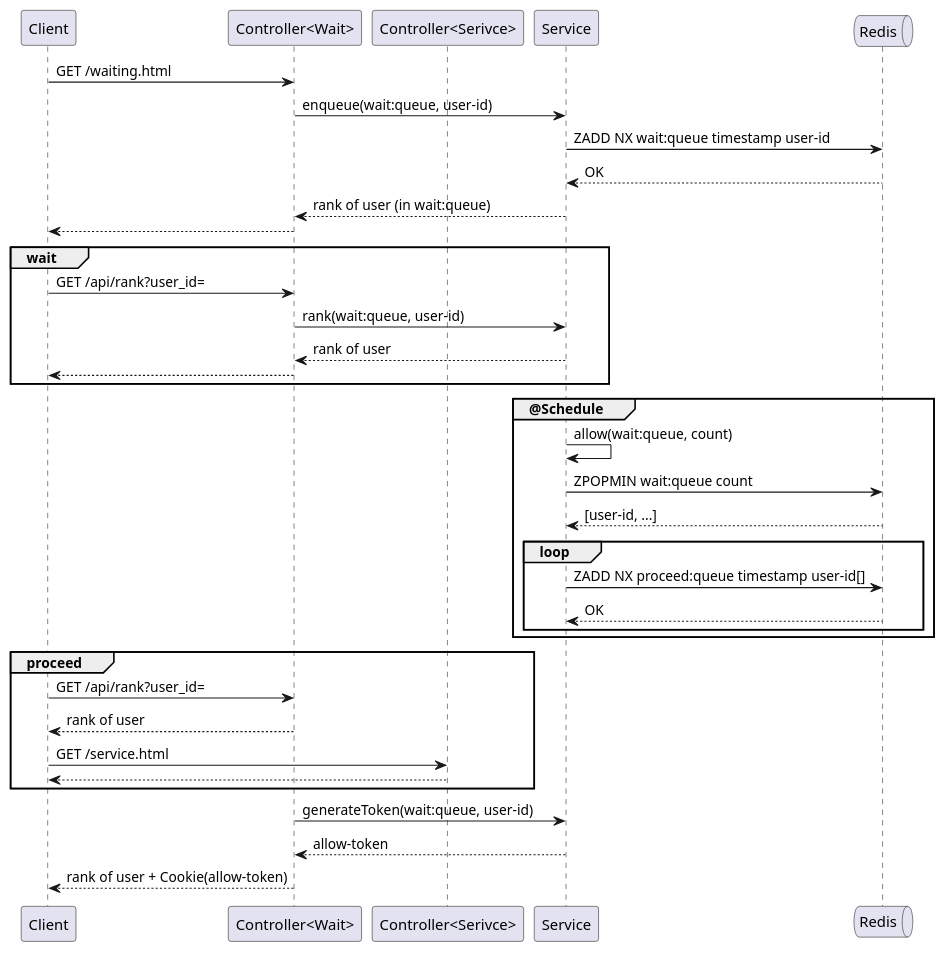
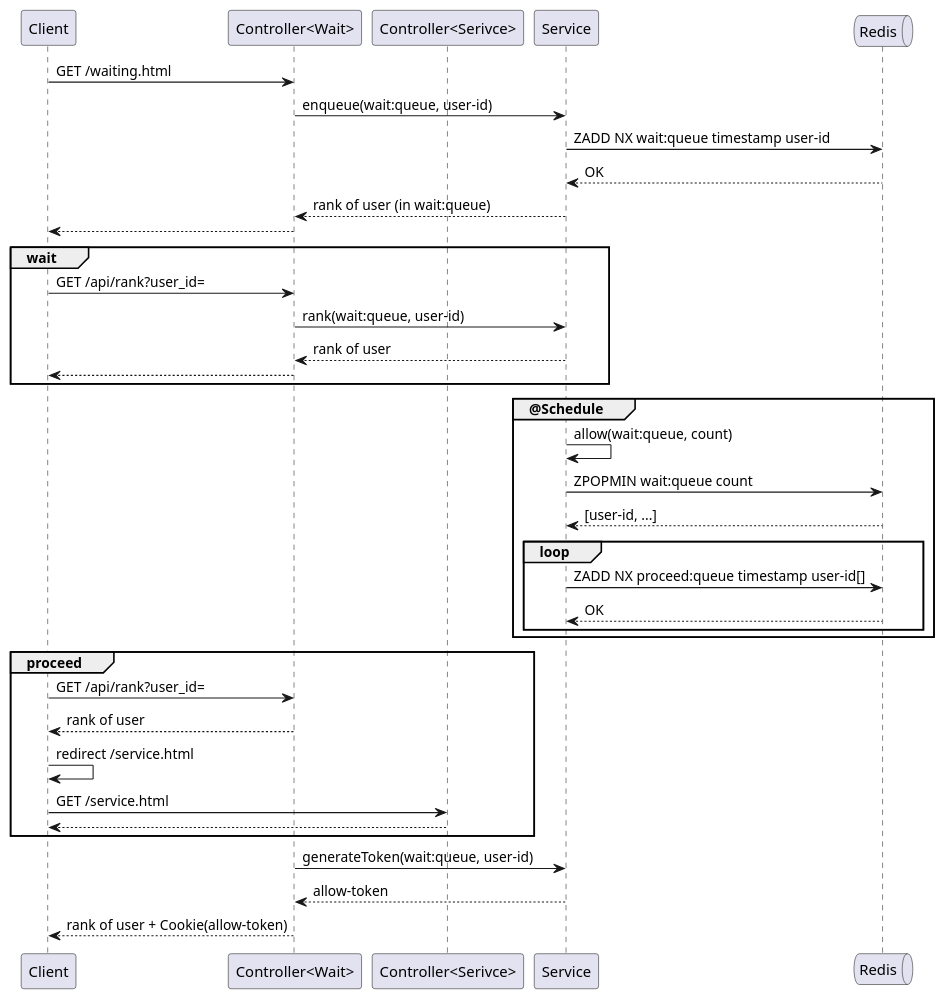
One commit to yanghoon/obsidian-workspace changed the diagram in _diary/2024-06-08.md. Above: the diagram before and after it, drawn with PlantUML.

Commit message:
vault backup: 2024-06-08 14:38:42

````diff
--- a/_diary/2024-06-08.md
+++ b/_diary/2024-06-08.md
@@ -5,45 +5,46 @@
 ```plantuml
 @startuml
 participant Client
 participant "Controller<Wait>" as Controller
 participant "Controller<Serivce>" as ServiceController
 participant Service
 queue Redis
 
 Client -> Controller: GET /waiting.html
 Controller -> Service: enqueue(wait:queue, user-id)
 Service -> Redis: ZADD NX wait:queue timestamp user-id
 Service <-- Redis: OK
 Controller <-- Service: rank of user (in wait:queue)
 Client <-- Controller
 
 group wait
 Client -> Controller: GET /api/rank?user_id=
 Controller -> Service: rank(wait:queue, user-id)
 Controller <-- Service: rank of user
 Client <-- Controller
 end
 
 group @Schedule
   Service -> Service: allow(wait:queue, count)
   Service -> Redis: ZPOPMIN wait:queue count
   Service <-- Redis: [user-id, ...]
   loop
     Service -> Redis: ZADD NX proceed:queue timestamp user-id[]
     Service <-- Redis: OK
   end
 end
 
 group proceed
   Client -> Controller: GET /api/rank?user_id=
   Client <-- Controller: rank of user
+  Client -> Client: redirect /service.html
   Client -> ServiceController: GET /service.html
   Client <-- ServiceController
 end
 
 Controller -> Service: generateToken(wait:queue, user-id)
 Controller <-- Service: allow-token
 Client <-- Controller: rank of user + Cookie(allow-token)
 
 @enduml
 ```
````
